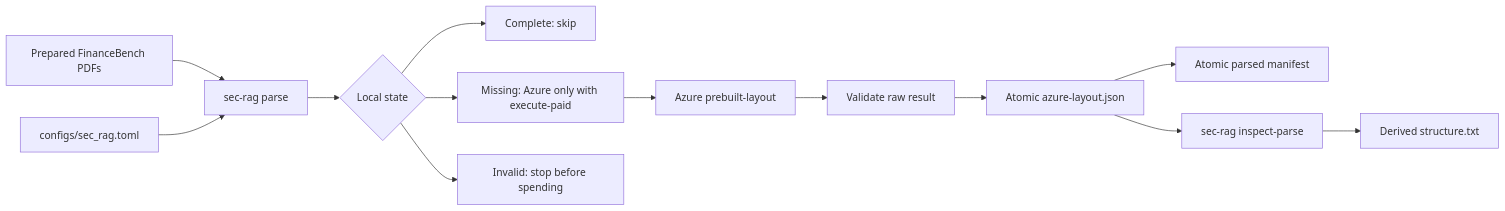
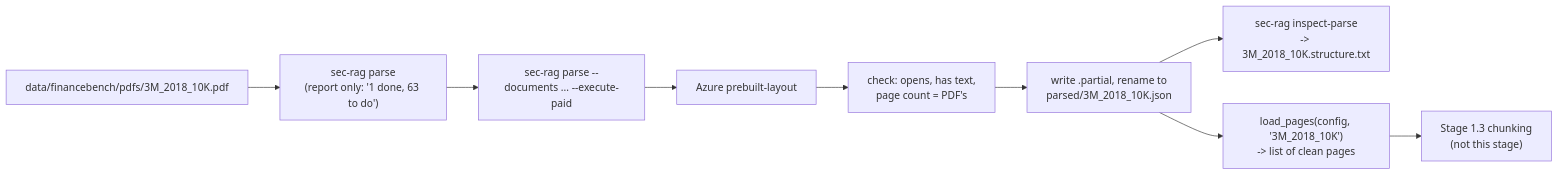
The first of 2 diagrams in docs sys design/Exp 1/Implementation Guide.md (14zhasim/Agentic_RAG), drawn with Mermaid before and after one commit. The commit also changed other lines of this file and 2 other files, not shown here.

Commit message:
Plan Stage 1.1 parsing, headings and page loading

````diff
--- a/docs sys design/Exp 1/Implementation Guide.md
+++ b/docs sys design/Exp 1/Implementation Guide.md
@@ -51,15 +52,11 @@
 ```mermaid
 flowchart LR
-    Prepared["Prepared FinanceBench PDFs"] --> Plan["sec-rag parse"]
-    Config["configs/sec_rag.toml"] --> Plan
-    Plan --> State{"Local state"}
-    State --> Complete["Complete: skip"]
-    State --> Missing["Missing: Azure only with execute-paid"]
-    State --> Invalid["Invalid: stop before spending"]
-    Missing --> Azure["Azure prebuilt-layout"]
-    Azure --> Validate["Validate raw result"]
-    Validate --> Cache["Atomic azure-layout.json"]
-    Cache --> Manifest["Atomic parsed manifest"]
-    Cache --> Inspect["sec-rag inspect-parse"]
-    Inspect --> Report["Derived structure.txt"]
+    PDF["data/financebench/pdfs/3M_2018_10K.pdf"] --> PLAN["sec-rag parse<br/>(report only: '1 done, 63 to do')"]
+    PLAN --> PAID["sec-rag parse --documents ... --execute-paid"]
+    PAID --> AZ["Azure prebuilt-layout"]
+    AZ --> CHECK["check: opens, has text,<br/>page count = PDF's"]
+    CHECK --> SAVE["write .partial, rename to<br/>parsed/3M_2018_10K.json"]
+    SAVE --> INSPECT["sec-rag inspect-parse<br/>-> 3M_2018_10K.structure.txt"]
+    SAVE --> LOAD["load_pages(config, '3M_2018_10K')<br/>-> list of clean pages"]
+    LOAD --> NEXT["Stage 1.3 chunking<br/>(not this stage)"]
 ```
````
